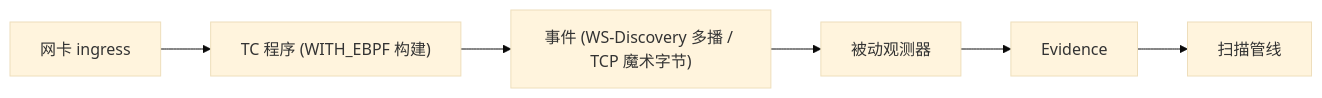
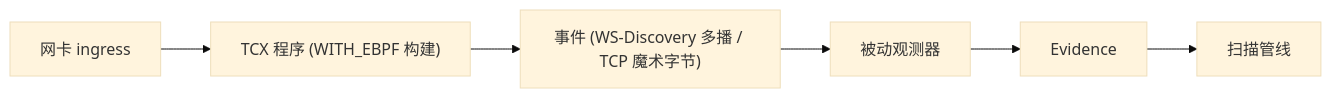
Before and after one commit to Mi-Bee-Studio/mibee-docs: the diagram in mibeesteward/zh-CN/ebpf.md, drawn with Mermaid (base theme). The commit also changed other lines of this file and 215 other files, not shown here.

````diff
--- a/mibeesteward/zh-CN/ebpf.md
+++ b/mibeesteward/zh-CN/ebpf.md
@@ -13,8 +13,8 @@
 ```mermaid
 flowchart LR
-  NIC["网卡 ingress"] --> TC["TC 程序 (WITH_EBPF 构建)"]
+  NIC["网卡 ingress"] --> TC["TCX 程序 (WITH_EBPF 构建)"]
   TC --> EV["事件 (WS-Discovery 多播 / TCP 魔术字节)"]
   EV --> OBS["被动观测器"]
   OBS --> EVI["Evidence"]
   EVI --> PIPE["扫描管线"]
 ```
````
